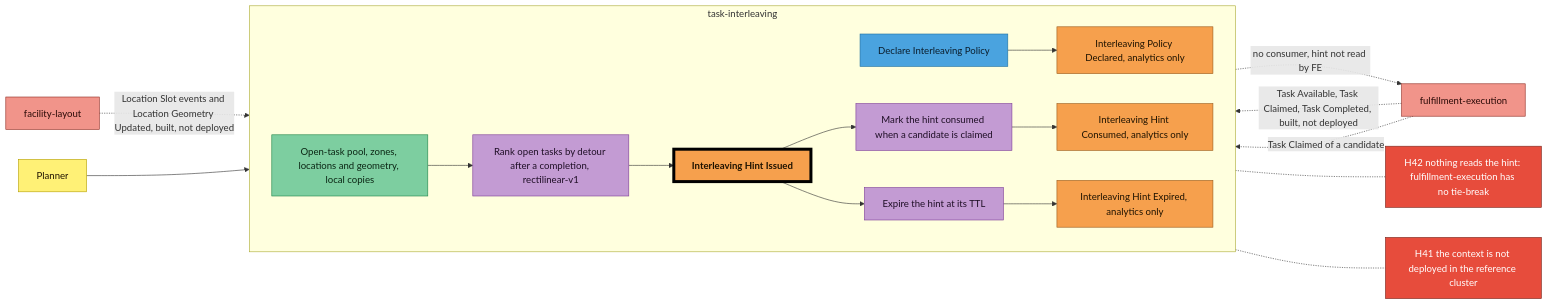
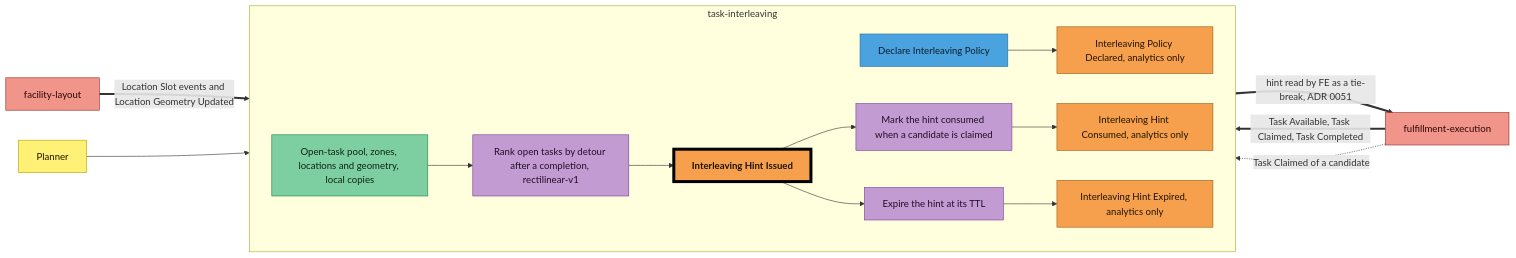
The sixth of 10 diagrams in docs/strategic-design/eventstorming-big-picture.md (IQVO/warehouse-docs), drawn with Mermaid before and after one commit. The commit also changed other lines of this file and 2 other files, not shown here.

First line of the commit message:
docs(strategic-design): event standard, message flows, event storming follow the deployed state

````diff
--- a/docs/strategic-design/eventstorming-big-picture.md
+++ b/docs/strategic-design/eventstorming-big-picture.md
@@ -502,42 +499,38 @@
 ```mermaid
 flowchart LR
     PLN["Planner"]:::actor
     FEX["fulfillment-execution"]:::external
     FLX["facility-layout"]:::external
     subgraph S_TI["task-interleaving"]
         direction LR
         R5["Open-task pool, zones, locations and geometry, local copies"]:::readmodel
         C10["Declare Interleaving Policy"]:::command
         E19["Interleaving Policy Declared, analytics only"]:::event
         P7["Rank open tasks by detour after a completion, rectilinear-v1"]:::policy
         E20["Interleaving Hint Issued"]:::pivotal
         P8["Mark the hint consumed when a candidate is claimed"]:::policy
         E21["Interleaving Hint Consumed, analytics only"]:::event
         P9["Expire the hint at its TTL"]:::policy
         E22["Interleaving Hint Expired, analytics only"]:::event
     end
 
-    FEX -.->|"Task Available, Task Claimed, Task Completed, built, not deployed"| R5
-    FLX -.->|"Location Slot events and Location Geometry Updated, built, not deployed"| R5
+    FEX ==>|"Task Available, Task Claimed, Task Completed"| R5
+    FLX ==>|"Location Slot events and Location Geometry Updated"| R5
     PLN --> C10 --> E19
     R5 --> P7 --> E20
     E20 --> P8
     FEX -.->|"Task Claimed of a candidate"| P8
     P8 --> E21
     E20 --> P9 --> E22
-    E20 -.->|"no consumer, hint not read by FE"| FEX
+    E20 ==>|"hint read by FE as a tie-break, ADR 0051"| FEX
 
-    H41["H41 the context is not deployed in the reference cluster"]:::hotspot
-    H42["H42 nothing reads the hint: fulfillment-execution has no tie-break"]:::hotspot
-    S_TI -.- H41
-    E20 -.- H42
 
     classDef actor fill:#fff176,stroke:#b59f00,color:#1f1300
     classDef command fill:#4aa3df,stroke:#1f6f9f,color:#0b1e2d
     classDef event fill:#f6a04d,stroke:#9a5b1c,color:#1f1300
     classDef pivotal fill:#f6a04d,stroke:#000000,stroke-width:5px,color:#1f1300,font-weight:bold
     classDef policy fill:#c39bd3,stroke:#7d3c98,color:#1f0f26
     classDef readmodel fill:#7dcea0,stroke:#1e8449,color:#0b2614
     classDef external fill:#f1948a,stroke:#922b21,color:#2b0a07
     classDef hotspot fill:#e74c3c,stroke:#78281f,color:#ffffff
 ```
````
